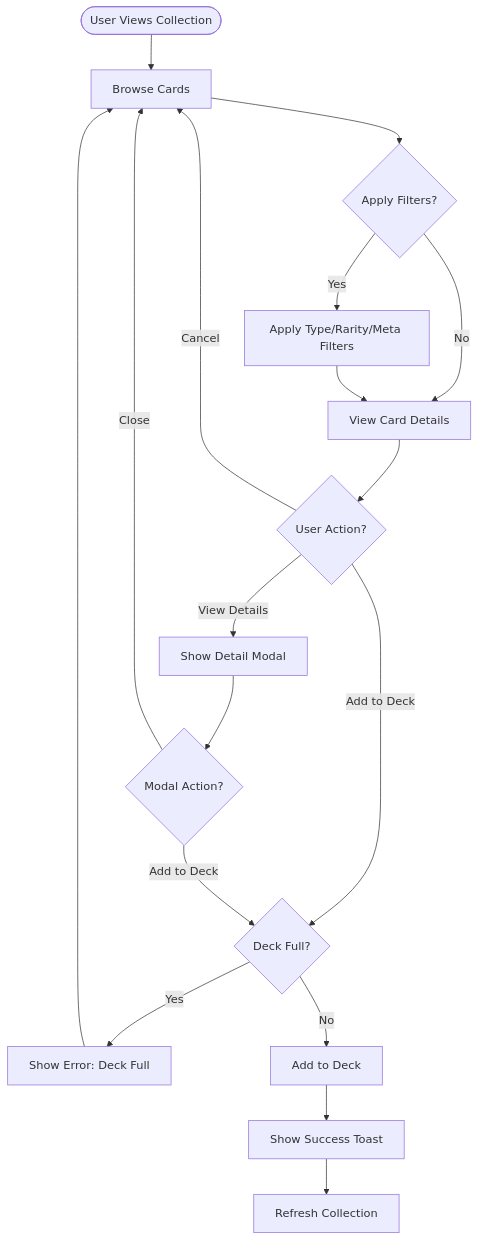
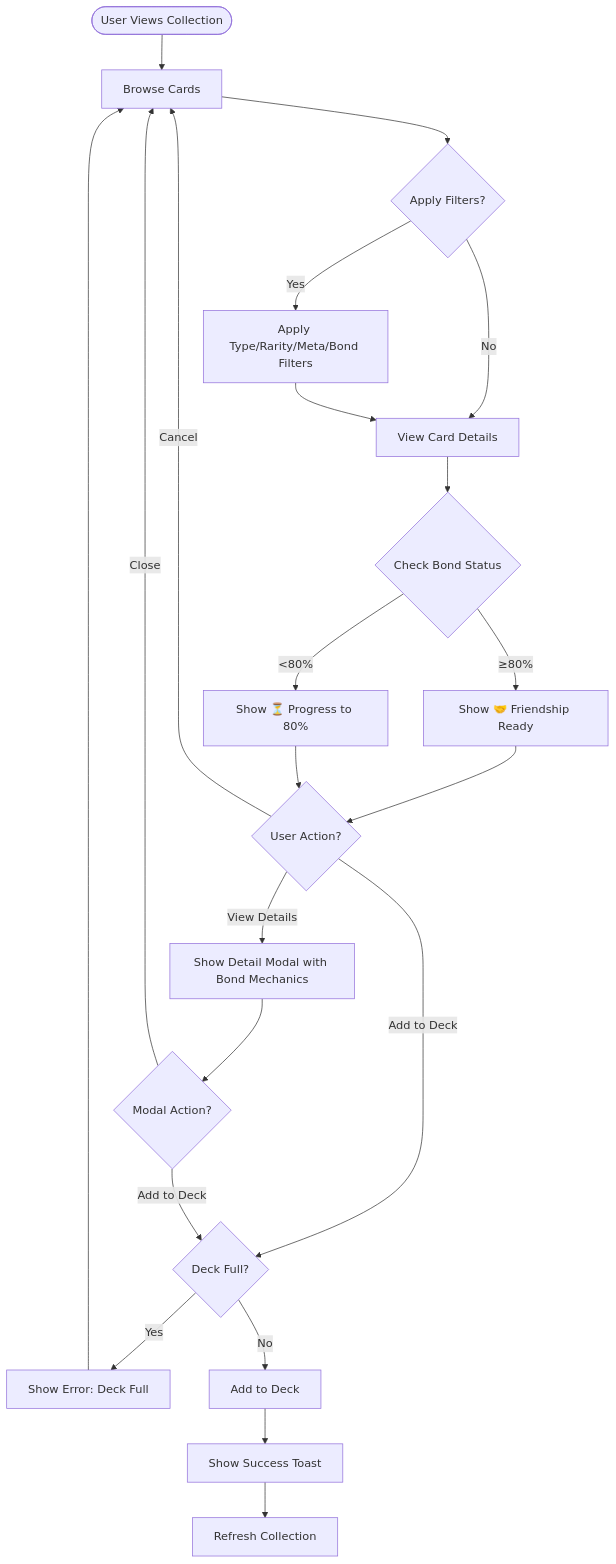
One commit to exatfrds67/umamusume-career-planner changed the second of 4 diagrams in docs/01-wireframes/WF-010_Support_Card_Collection.md. Above: the diagram before and after it, drawn with Mermaid. The commit also changed other lines of this file and 313 other files, not shown here.

````diff
--- a/docs/01-wireframes/WF-010_Support_Card_Collection.md
+++ b/docs/01-wireframes/WF-010_Support_Card_Collection.md
@@ -776,20 +999,24 @@
 ```mermaid
 flowchart TD
     Start([User Views Collection]) --> Browse[Browse Cards]
     Browse --> Filter{Apply Filters?}
-    Filter -->|Yes| ApplyFilter[Apply Type/Rarity/Meta Filters]
+    Filter -->|Yes| ApplyFilter[Apply Type/Rarity/Meta/Bond Filters]
     Filter -->|No| ViewCard[View Card Details]
     ApplyFilter --> ViewCard
-    ViewCard --> UserAction{User Action?}
+    ViewCard --> CheckBond{Check Bond Status}
+    CheckBond -->|≥80%| ShowFriendship[Show 🤝 Friendship Ready]
+    CheckBond -->|<80%| ShowProgress[Show ⏳ Progress to 80%]
+    ShowFriendship --> UserAction{User Action?}
+    ShowProgress --> UserAction
     UserAction -->|Add to Deck| CheckDeck{Deck Full?}
-    UserAction -->|View Details| ShowModal[Show Detail Modal]
+    UserAction -->|View Details| ShowModal[Show Detail Modal with Bond Mechanics]
     UserAction -->|Cancel| Browse
     CheckDeck -->|Yes| ShowError[Show Error: Deck Full]
     CheckDeck -->|No| AddCard[Add to Deck]
     AddCard --> Success[Show Success Toast]
     Success --> Refresh[Refresh Collection]
     ShowError --> Browse
     ShowModal --> ModalAction{Modal Action?}
     ModalAction -->|Add to Deck| CheckDeck
     ModalAction -->|Close| Browse
 ```
````
